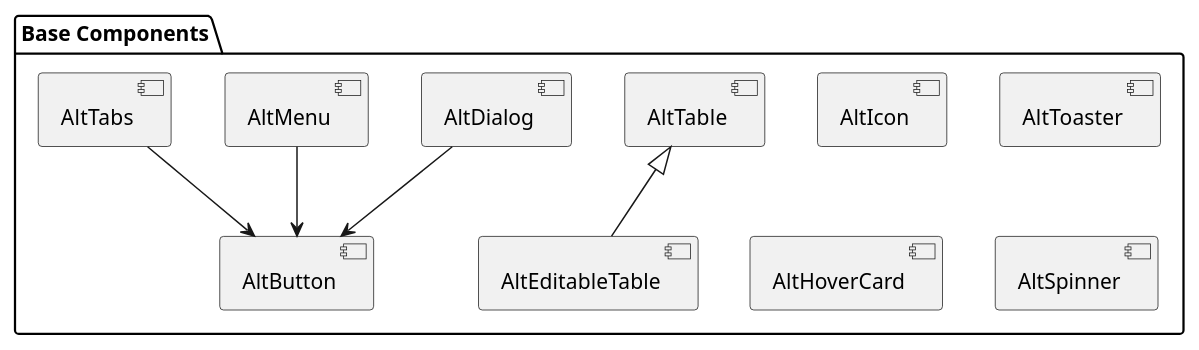
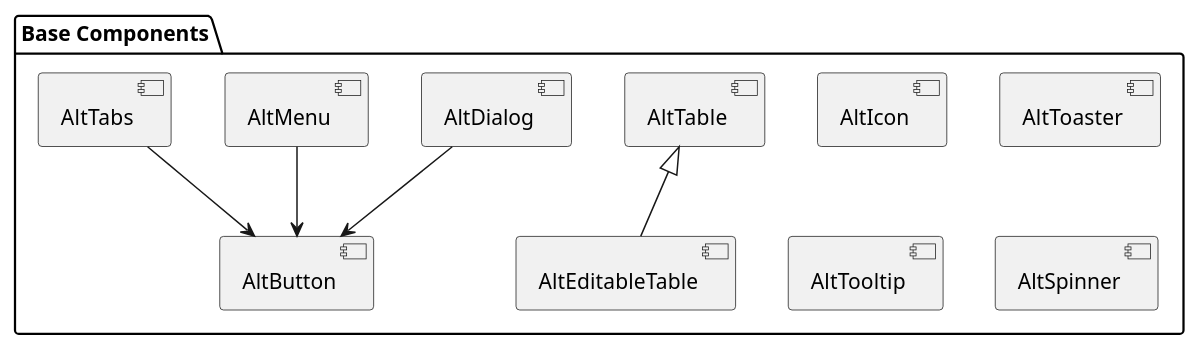
Before and after one commit to vuesence/alt-ui: the diagram in docs/components/base-components.md, drawn with PlantUML. The commit also changed 26 other files, not shown here.

````diff
--- a/docs/components/base-components.md
+++ b/docs/components/base-components.md
@@ -215,21 +215,21 @@
 ```plantuml
 @startuml
 package "Base Components" {
   [AltButton]
   [AltIcon]
   [AltDialog]
   [AltTable]
   [AltEditableTable]
   [AltToaster]
   [AltMenu]
   [AltTabs]
-  [AltHoverCard]
+  [AltTooltip]
   [AltSpinner]
 }
 
 [AltTable] <|-- [AltEditableTable]
 [AltDialog] --> [AltButton]
 [AltMenu] --> [AltButton]
 [AltTabs] --> [AltButton]
 @enduml
 ```
````
